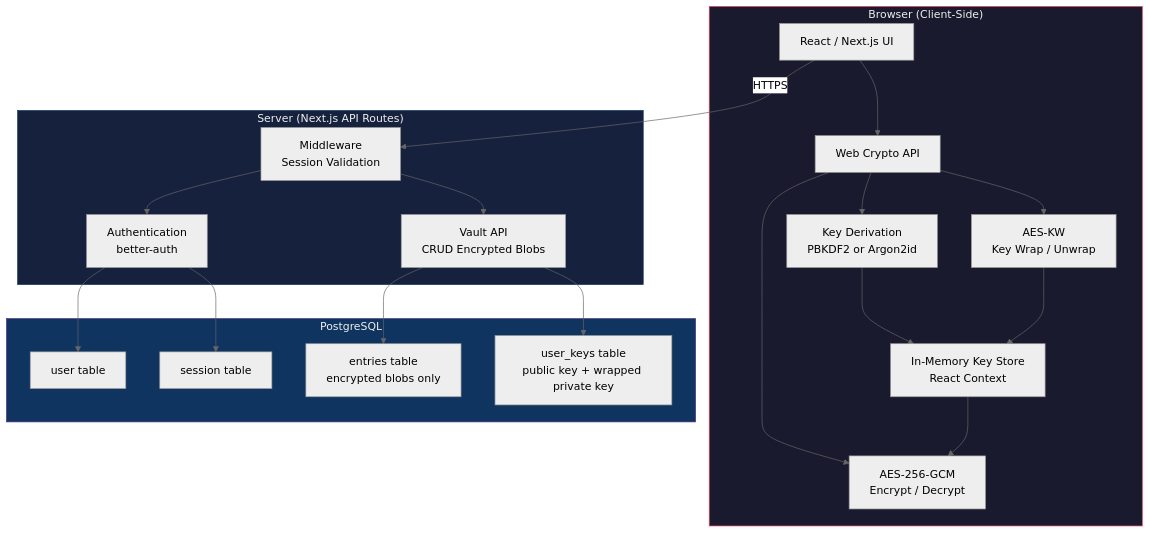
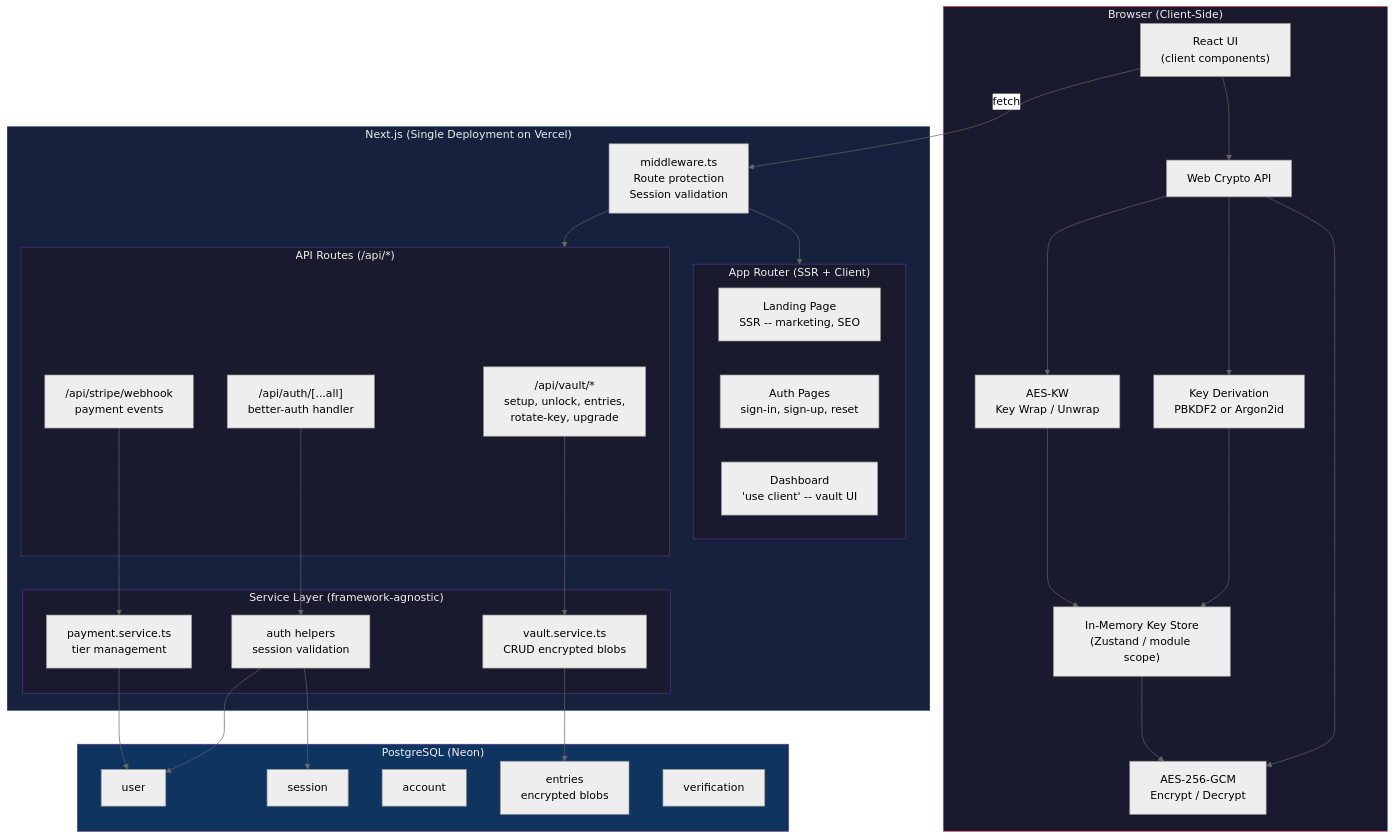
Before and after one commit to kunalsinghdadhwal/lockr: the first of 8 diagrams in docs/ARCHITECTURE.md, drawn with Mermaid (neutral theme). The commit also changed other lines of this file, not shown here.

````diff
--- a/docs/ARCHITECTURE.md
+++ b/docs/ARCHITECTURE.md
@@ -13,44 +15,67 @@
 ```mermaid
 graph TB
     subgraph Client ["Browser (Client-Side)"]
-        UI[React / Next.js UI]
+        UI["React UI<br/>(client components)"]
         WC[Web Crypto API]
         KDF[Key Derivation<br/>PBKDF2 or Argon2id]
         ENC[AES-256-GCM<br/>Encrypt / Decrypt]
         KW[AES-KW<br/>Key Wrap / Unwrap]
-        MEM[In-Memory Key Store<br/>React Context]
+        MEM["In-Memory Key Store<br/>(Zustand / module scope)"]
     end
 
-    subgraph Server ["Server (Next.js API Routes)"]
-        AUTH[Authentication<br/>better-auth]
-        API[Vault API<br/>CRUD Encrypted Blobs]
-        MW[Middleware<br/>Session Validation]
+    subgraph NextApp ["Next.js (Single Deployment on Vercel)"]
+        subgraph Pages ["App Router (SSR + Client)"]
+            LP[Landing Page<br/>SSR -- marketing, SEO]
+            AUTH_P[Auth Pages<br/>sign-in, sign-up, reset]
+            DASH["Dashboard<br/>'use client' -- vault UI"]
+        end
+
+        subgraph API ["API Routes (/api/*)"]
+            AV["/api/vault/*<br/>setup, unlock, entries,<br/>rotate-key, upgrade"]
+            AA["/api/auth/[...all]<br/>better-auth handler"]
+            AW["/api/stripe/webhook<br/>payment events"]
+        end
+
+        subgraph SVC ["Service Layer (framework-agnostic)"]
+            VS[vault.service.ts<br/>CRUD encrypted blobs]
+            AS[auth helpers<br/>session validation]
+            PS[payment.service.ts<br/>tier management]
+        end
+
+        MW["middleware.ts<br/>Route protection<br/>Session validation"]
     end
 
-    subgraph DB ["PostgreSQL"]
-        UT[user table]
-        ST[session table]
-        ET[entries table<br/>encrypted blobs only]
-        UKT[user_keys table<br/>public key + wrapped private key]
+    subgraph DB ["PostgreSQL (Neon)"]
+        UT[user]
+        ST[session]
+        AT[account]
+        ET[entries<br/>encrypted blobs]
+        VT[verification]
     end
 
     UI --> WC
     WC --> KDF
     WC --> ENC
     WC --> KW
     KDF --> MEM
     KW --> MEM
     MEM --> ENC
 
-    UI -->|HTTPS| MW
-    MW --> AUTH
+    UI -->|fetch| MW
     MW --> API
-    AUTH --> UT
-    AUTH --> ST
-    API --> ET
-    API --> UKT
+    MW --> Pages
+    AV --> VS
+    AA --> AS
+    AW --> PS
+    VS --> ET
+    AS --> UT
+    AS --> ST
+    PS --> UT
 
     style Client fill:#1a1a2e,stroke:#e94560,color:#eee
-    style Server fill:#16213e,stroke:#0f3460,color:#eee
+    style NextApp fill:#16213e,stroke:#0f3460,color:#eee
+    style Pages fill:#1a1a2e,stroke:#533483,color:#eee
+    style API fill:#1a1a2e,stroke:#533483,color:#eee
+    style SVC fill:#1a1a2e,stroke:#533483,color:#eee
     style DB fill:#0f3460,stroke:#533483,color:#eee
 ```
````
